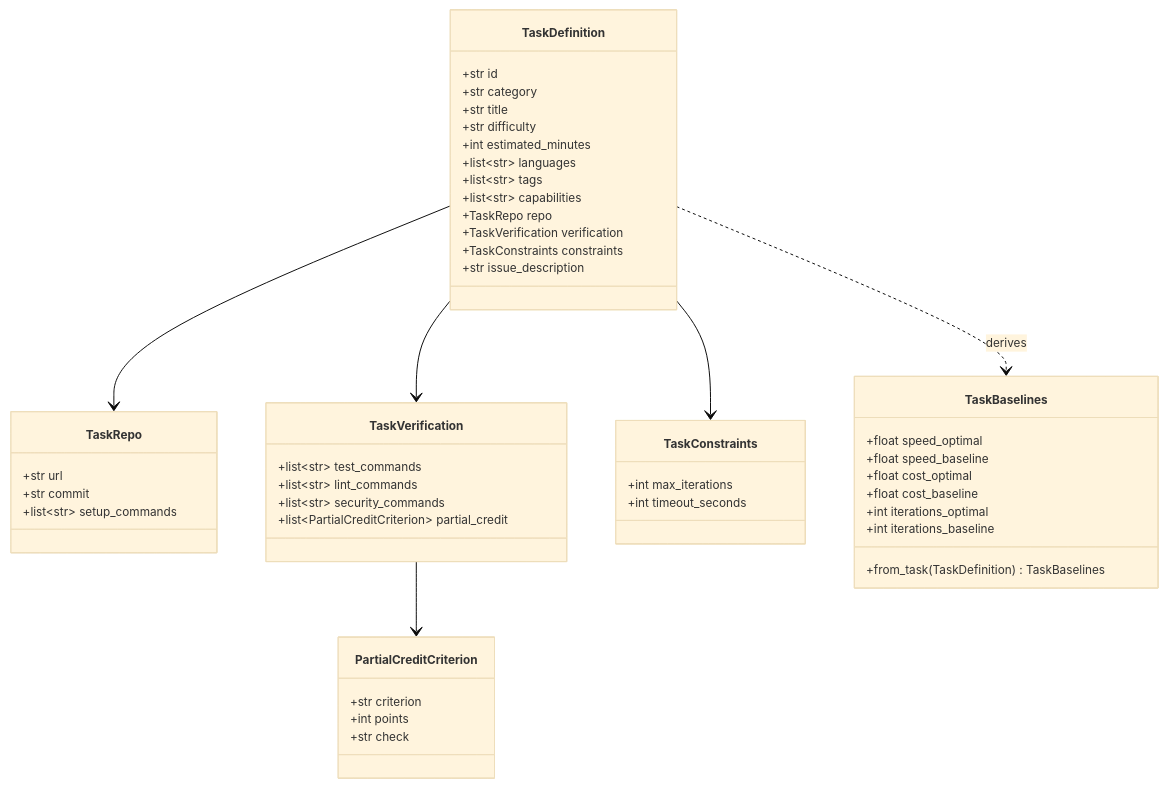
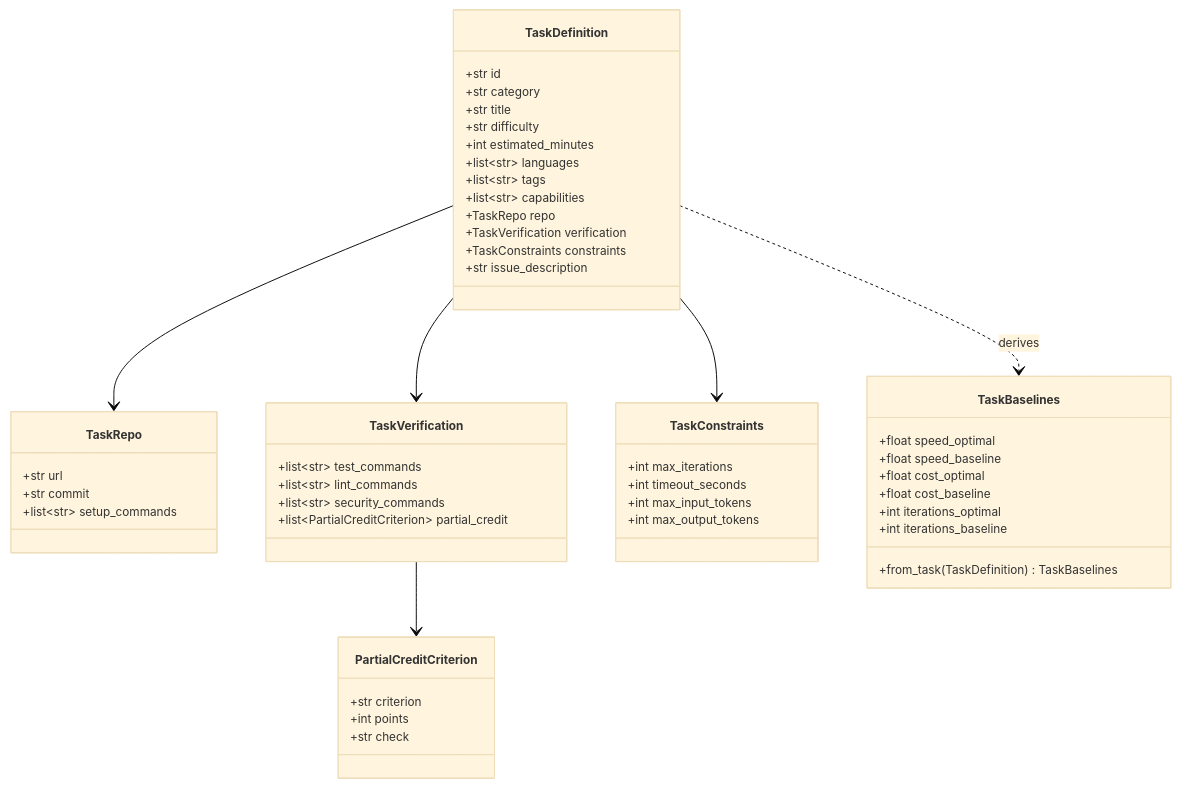
Before and after one commit to xmpuspus/ai-workflow-benchmark: the fifth of 8 diagrams in ARCHITECTURE.md, drawn with Mermaid. The commit also changed other lines of this file and 27 other files, not shown here.

````diff
--- a/ARCHITECTURE.md
+++ b/ARCHITECTURE.md
@@ -289,58 +309,60 @@
 ```mermaid
 %%{init: {'theme': 'base', 'themeVariables': {'fontSize': '12px'}}}%%
 classDiagram
     class TaskDefinition {
         +str id
         +str category
         +str title
         +str difficulty
         +int estimated_minutes
         +list~str~ languages
         +list~str~ tags
         +list~str~ capabilities
         +TaskRepo repo
         +TaskVerification verification
         +TaskConstraints constraints
         +str issue_description
     }
 
     class TaskRepo {
         +str url
         +str commit
         +list~str~ setup_commands
     }
 
     class TaskVerification {
         +list~str~ test_commands
         +list~str~ lint_commands
         +list~str~ security_commands
         +list~PartialCreditCriterion~ partial_credit
     }
 
     class PartialCreditCriterion {
         +str criterion
         +int points
         +str check
     }
 
     class TaskConstraints {
         +int max_iterations
         +int timeout_seconds
+        +int max_input_tokens
+        +int max_output_tokens
     }
 
     class TaskBaselines {
         +float speed_optimal
         +float speed_baseline
         +float cost_optimal
         +float cost_baseline
         +int iterations_optimal
         +int iterations_baseline
         +from_task(TaskDefinition) TaskBaselines
     }
 
     TaskDefinition --> TaskRepo
     TaskDefinition --> TaskVerification
     TaskDefinition --> TaskConstraints
     TaskVerification --> PartialCreditCriterion
     TaskDefinition ..> TaskBaselines : derives
 ```
````
